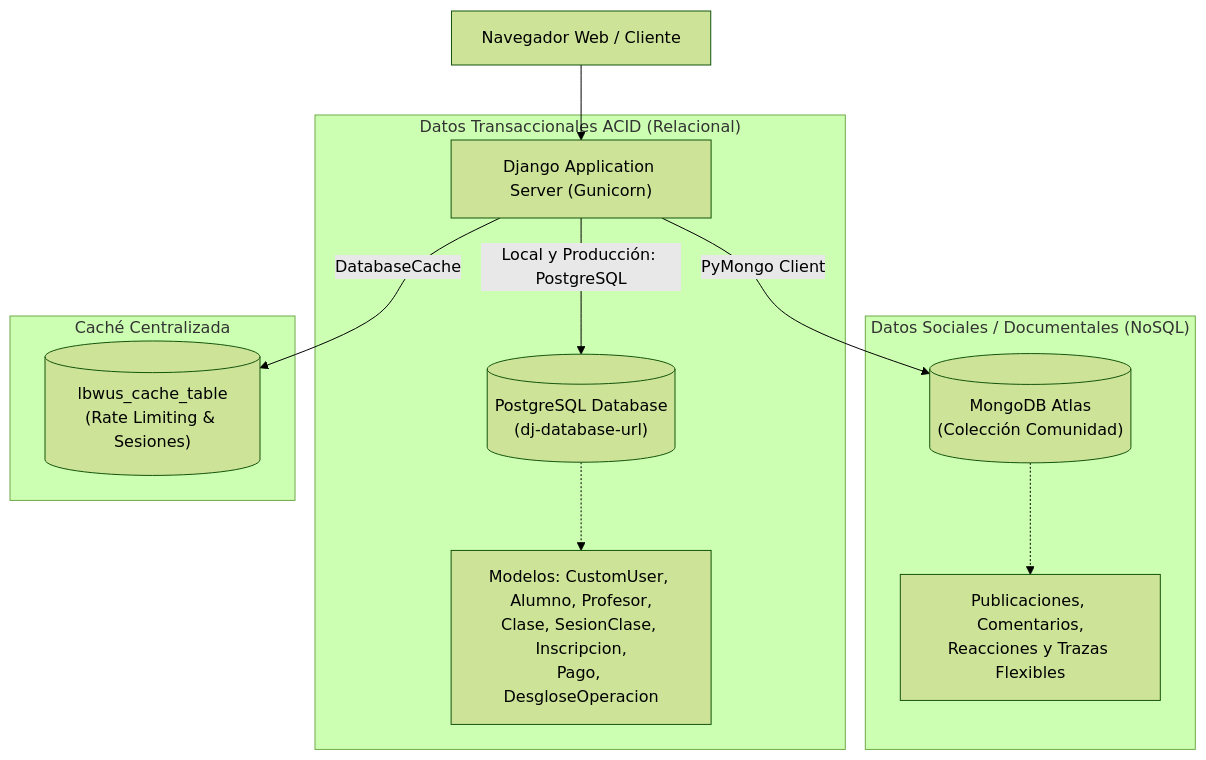
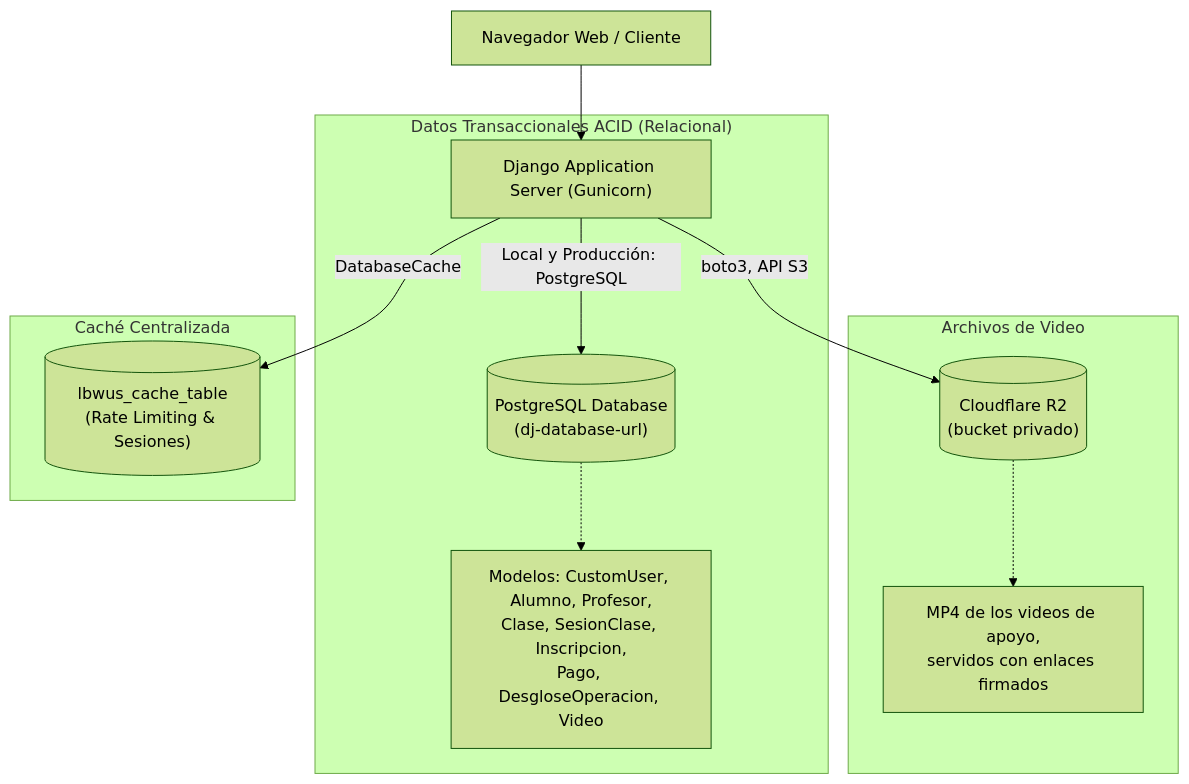
The first of 2 diagrams in docs/INFORME_COMPLETO_PROYECTO_LBWUS.md (Haekz/Capstone), drawn with Mermaid (forest theme) before and after one commit. The commit also changed other lines of this file, not shown here.

First line of the commit message:
Informe del proyecto: los videos en Cloudflare R2 y sus fichas en PostgreSQL, sin MongoDB

````diff
--- a/docs/INFORME_COMPLETO_PROYECTO_LBWUS.md
+++ b/docs/INFORME_COMPLETO_PROYECTO_LBWUS.md
@@ -99,18 +98,18 @@
 ```mermaid
 flowchart TD
     Client["Navegador Web / Cliente"] --> LBWUS["Django Application Server (Gunicorn)"]
     
     subgraph Persistencia Relacional ["Datos Transaccionales ACID (Relacional)"]
         LBWUS -->|Local y Producción: PostgreSQL| ProdDB[("PostgreSQL Database\n(dj-database-url)")]
-        ProdDB -.-> RelModels["Modelos: CustomUser, Alumno, Profesor,\nClase, SesionClase, Inscripcion,\nPago, DesgloseOperacion"]
+        ProdDB -.-> RelModels["Modelos: CustomUser, Alumno, Profesor,\nClase, SesionClase, Inscripcion,\nPago, DesgloseOperacion, Video"]
     end
     
-    subgraph Persistencia NoSQL ["Datos Sociales / Documentales (NoSQL)"]
-        LBWUS -->|PyMongo Client| MongoDB[("MongoDB Atlas\n(Colección Comunidad)")]
-        MongoDB -.-> DocModels["Publicaciones, Comentarios,\nReacciones y Trazas Flexibles"]
+    subgraph Almacenamiento de Objetos ["Archivos de Video"]
+        LBWUS -->|boto3, API S3| R2[("Cloudflare R2\n(bucket privado)")]
+        R2 -.-> Archivos["MP4 de los videos de apoyo,\nservidos con enlaces firmados"]
     end
     
     subgraph Persistencia de Estado ["Caché Centralizada"]
         LBWUS -->|DatabaseCache| CacheTable[("lbwus_cache_table\n(Rate Limiting & Sesiones)")]
     end
 ```
````
